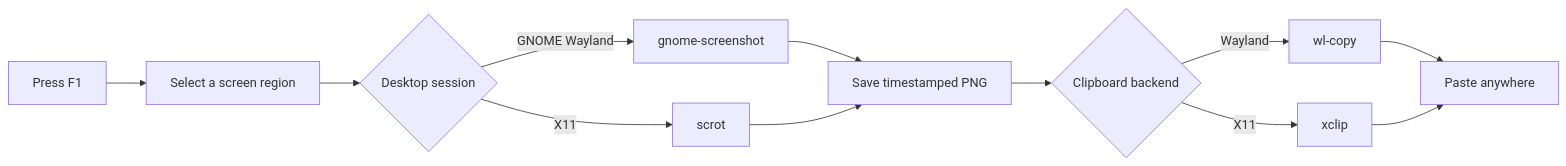
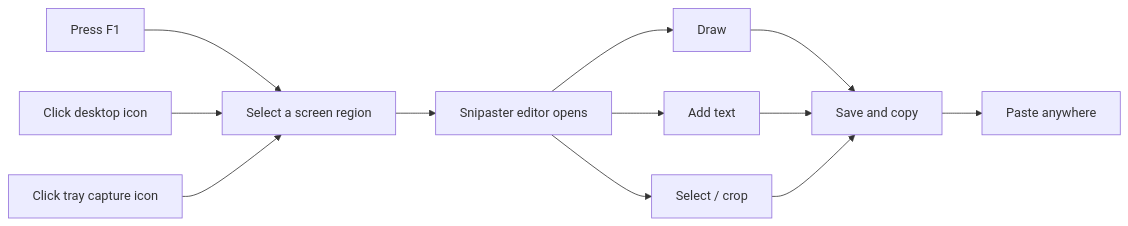
The diagram in README.md (groxaxo/Snipaster), drawn with Mermaid before and after one commit. The commit also changed other lines of this file, not shown here.

Commit message:
docs: document desktop capture and annotation workflow

````diff
--- a/README.md
+++ b/README.md
@@ -57,14 +77,14 @@
 ```mermaid
 flowchart LR
-    A["Press F1"] --> B["Select a screen region"]
-    B --> C{"Desktop session"}
-    C -->|GNOME Wayland| D["gnome-screenshot"]
-    C -->|X11| E["scrot"]
-    D --> F["Save timestamped PNG"]
-    E --> F
-    F --> G{"Clipboard backend"}
-    G -->|Wayland| H["wl-copy"]
-    G -->|X11| I["xclip"]
-    H --> J["Paste anywhere"]
-    I --> J
+    A["Press F1"] --> D["Select a screen region"]
+    B["Click desktop icon"] --> D
+    C["Click tray capture icon"] --> D
+    D --> E["Snipaster editor opens"]
+    E --> F["Draw"]
+    E --> G["Add text"]
+    E --> H["Select / crop"]
+    F --> I["Save and copy"]
+    G --> I
+    H --> I
+    I --> J["Paste anywhere"]
 ```
````
